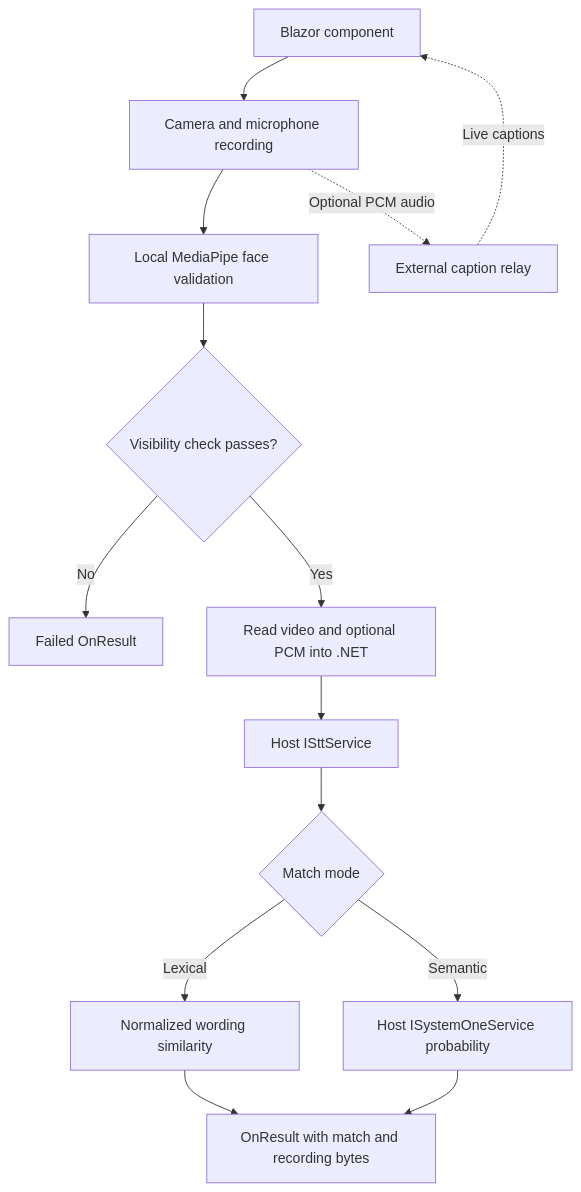
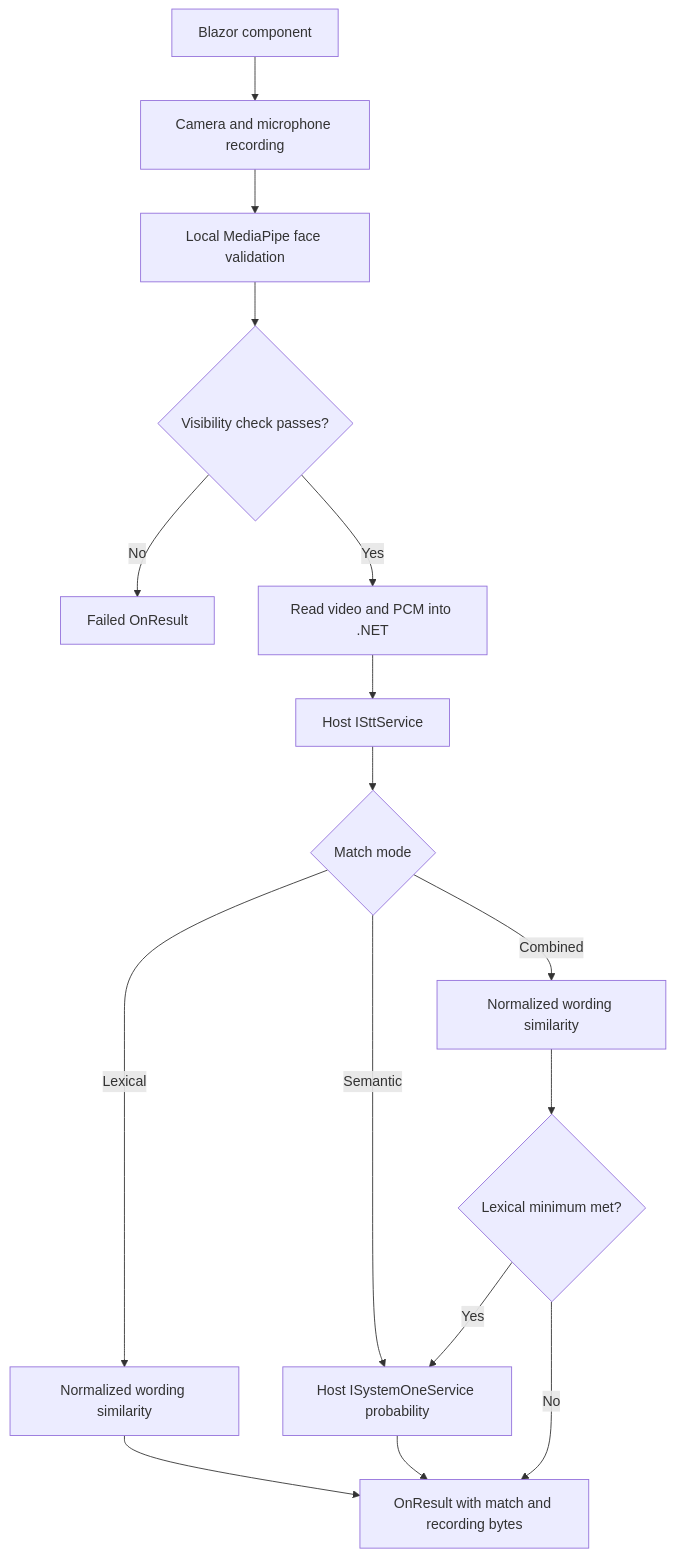
Before and after one commit to kavekardel/camera-speech-match: the diagram in docs/AGENT.md, drawn with Mermaid. The commit also changed other lines of this file and 14 other files, not shown here.

Commit message:
feat: add combined mode to component

````diff
--- a/docs/AGENT.md
+++ b/docs/AGENT.md
@@ -94,16 +94,18 @@
 ```mermaid
 flowchart TD
     UI[Blazor component] --> Browser[Camera and microphone recording]
     Browser --> Face[Local MediaPipe face validation]
     Face --> Gate{Visibility check passes?}
     Gate -->|No| Failure[Failed OnResult]
-    Gate -->|Yes| Media[Read video and optional PCM into .NET]
+    Gate -->|Yes| Media[Read video and PCM into .NET]
     Media --> STT[Host ISttService]
     STT --> Mode{Match mode}
     Mode -->|Lexical| Lexical[Normalized wording similarity]
     Mode -->|Semantic| Semantic[Host ISystemOneService probability]
+    Mode -->|Combined| CombinedLexical[Normalized wording similarity]
+    CombinedLexical --> LexicalGate{Lexical minimum met?}
+    LexicalGate -->|Yes| Semantic
+    LexicalGate -->|No| Result
     Lexical --> Result[OnResult with match and recording bytes]
     Semantic --> Result
-    Browser -. Optional PCM audio .-> Relay[External caption relay]
-    Relay -. Live captions .-> UI
 ```
````
